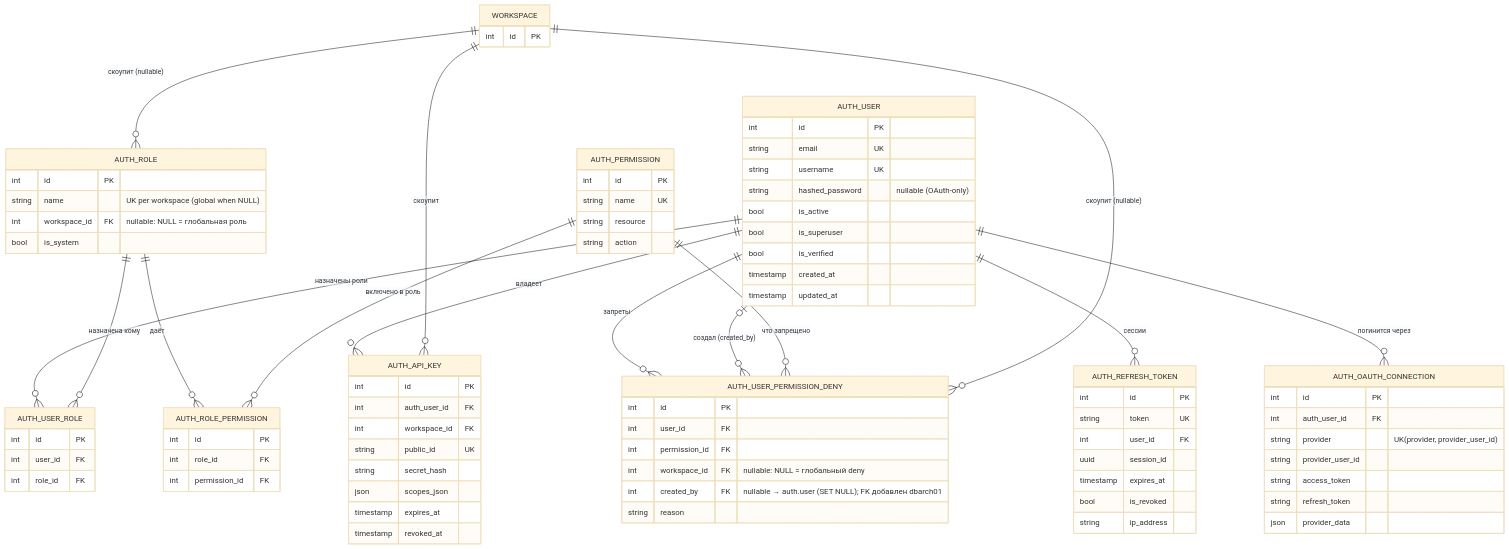
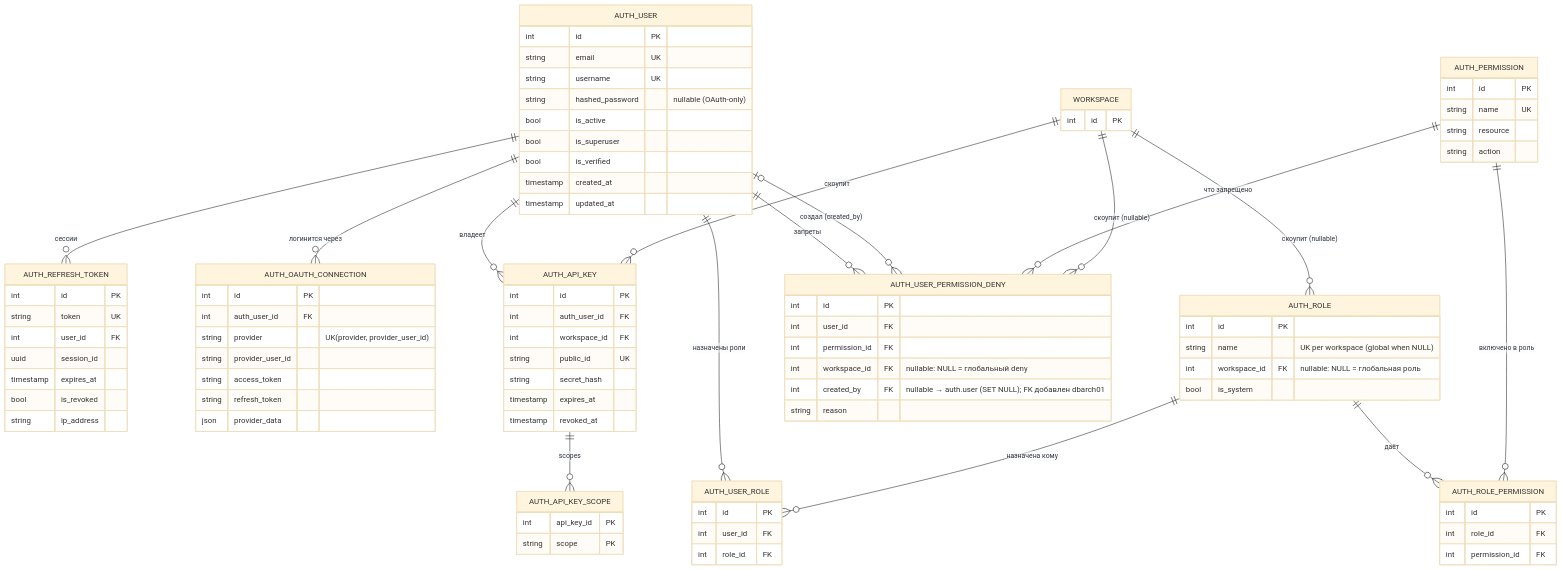
Before and after one commit to CraazzzyyFoxx/anak-tournaments: the second of 14 diagrams in docs/database_erd.md, drawn with Mermaid (base theme). The commit also changed 14 other files, not shown here.

First line of the commit message:
feat(api-keys): Normalize scopes and drop balancer defaults from identity

```diff
--- a/docs/database_erd.md
+++ b/docs/database_erd.md
@@ -175,9 +175,12 @@
         int workspace_id FK
         string public_id UK
         string secret_hash
-        json scopes_json
         timestamp expires_at
         timestamp revoked_at
+    }
+    AUTH_API_KEY_SCOPE {
+        int api_key_id PK
+        string scope PK
     }
     AUTH_ROLE {
         int id PK
@@ -216,6 +219,7 @@
     AUTH_USER ||--o{ AUTH_REFRESH_TOKEN : "сессии"
     AUTH_USER ||--o{ AUTH_OAUTH_CONNECTION : "логинится через"
     AUTH_USER ||--o{ AUTH_API_KEY : "владеет"
+    AUTH_API_KEY ||--o{ AUTH_API_KEY_SCOPE : "scopes"
     AUTH_USER ||--o{ AUTH_USER_ROLE : "назначены роли"
     AUTH_ROLE ||--o{ AUTH_USER_ROLE : "назначена кому"
     AUTH_ROLE ||--o{ AUTH_ROLE_PERMISSION : "даёт"
```
